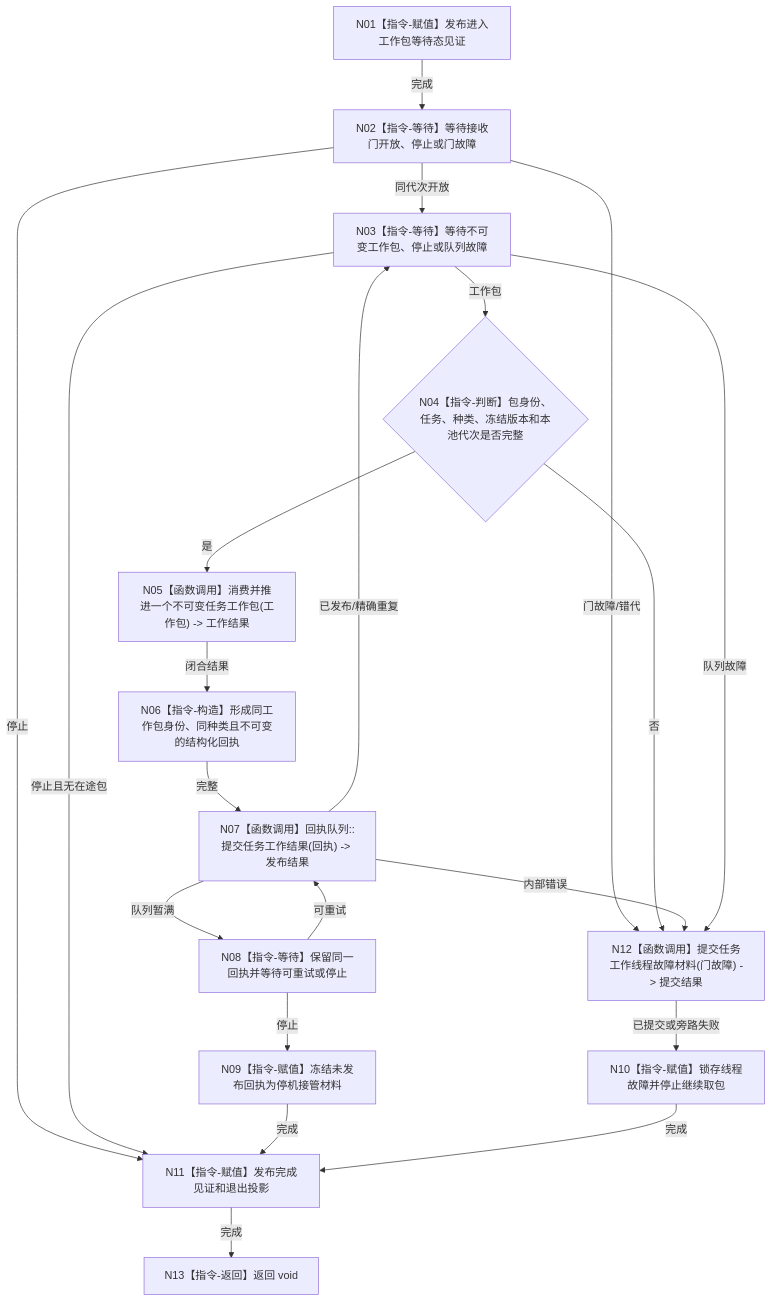
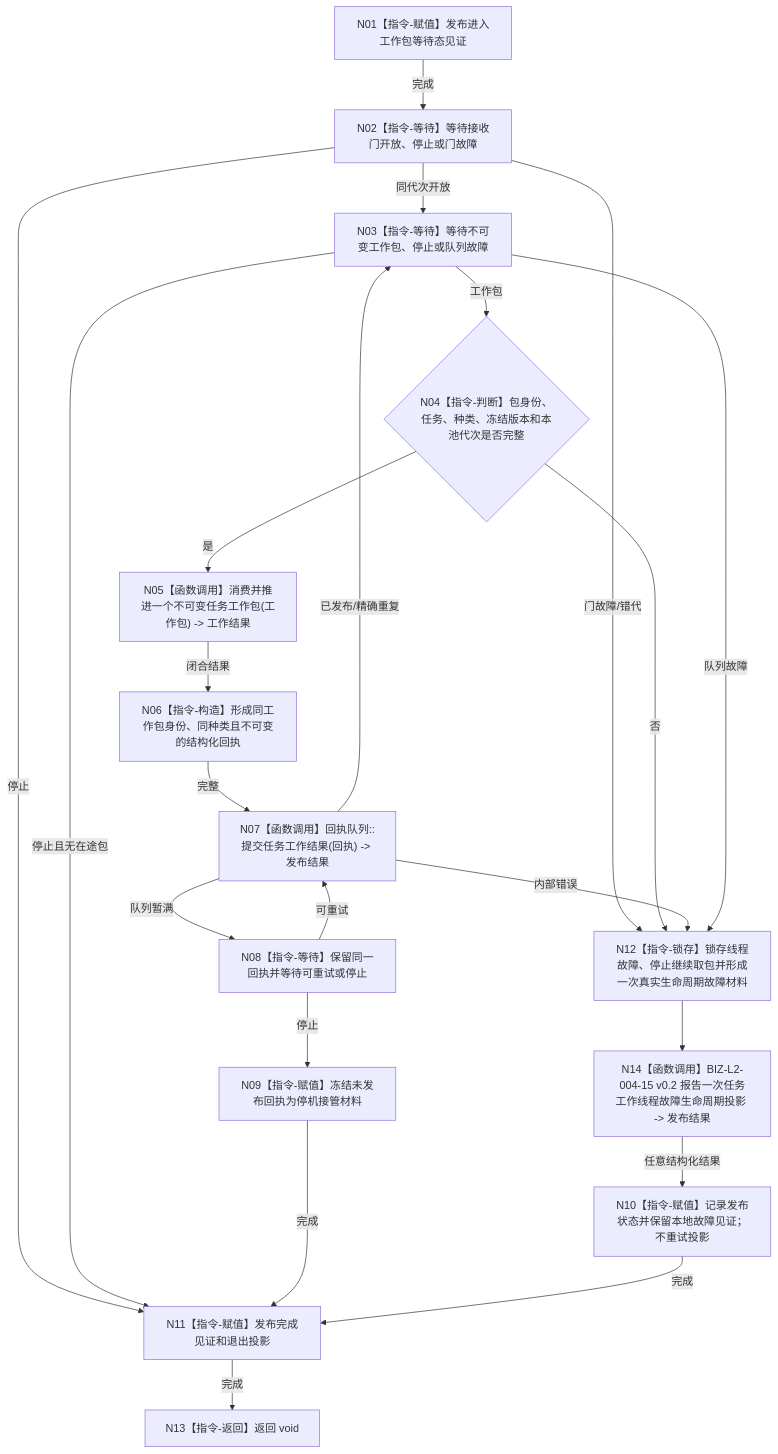
One commit to chunhaizh-cyber/HY-Ego changed the diagram in 流程图/目标业务流程图/L4/BIZ-L4-001-05-01-02_运行任务工作线程入口_目标函数流程图_v0.1.md. Above: the diagram before and after it, drawn with Mermaid. The commit also changed other lines of this file and 10 other files, not shown here.

````diff
--- a/流程图/目标业务流程图/L4/BIZ-L4-001-05-01-02_运行任务工作线程入口_目标函数流程图_v0.1.md
+++ b/流程图/目标业务流程图/L4/BIZ-L4-001-05-01-02_运行任务工作线程入口_目标函数流程图_v0.1.md
@@ -31,23 +31,24 @@
 ```mermaid
 flowchart TD
  N01["N01【指令-赋值】发布进入工作包等待态见证"] -->|完成| N02["N02【指令-等待】等待接收门开放、停止或门故障"]
  N02 -->|停止| N11["N11【指令-赋值】发布完成见证和退出投影"]
- N02 -->|门故障/错代| N12["N12【函数调用】提交任务工作线程故障材料(门故障) -> 提交结果"]
+ N02 -->|门故障/错代| N12["N12【指令-锁存】锁存线程故障、停止继续取包并形成一次真实生命周期故障材料"]
  N02 -->|同代次开放| N03["N03【指令-等待】等待不可变工作包、停止或队列故障"]
  N03 -->|工作包| N04{"N04【指令-判断】包身份、任务、种类、冻结版本和本池代次是否完整"}
  N04 -->|否| N12
  N04 -->|是| N05["N05【函数调用】消费并推进一个不可变任务工作包(工作包) -> 工作结果"]
  N05 -->|闭合结果| N06["N06【指令-构造】形成同工作包身份、同种类且不可变的结构化回执"]
  N06 -->|完整| N07["N07【函数调用】回执队列::提交任务工作结果(回执) -> 发布结果"]
  N07 -->|已发布/精确重复| N03
  N07 -->|队列暂满| N08["N08【指令-等待】保留同一回执并等待可重试或停止"]
  N08 -->|可重试| N07
  N08 -->|停止| N09["N09【指令-赋值】冻结未发布回执为停机接管材料"]
  N07 -->|内部错误| N12
  N03 -->|停止且无在途包| N11
  N03 -->|队列故障| N12
- N12 -->|已提交或旁路失败| N10["N10【指令-赋值】锁存线程故障并停止继续取包"]
+ N12 --> N14["N14【函数调用】BIZ-L2-004-15 v0.2 报告一次任务工作线程故障生命周期投影 -> 发布结果"]
+ N14 -->|任意结构化结果| N10["N10【指令-赋值】记录发布状态并保留本地故障见证；不重试投影"]
  N09 -->|完成| N11
  N10 -->|完成| N11
  N11 -->|完成| N13["N13【指令-返回】返回 void"]
 ```
````
